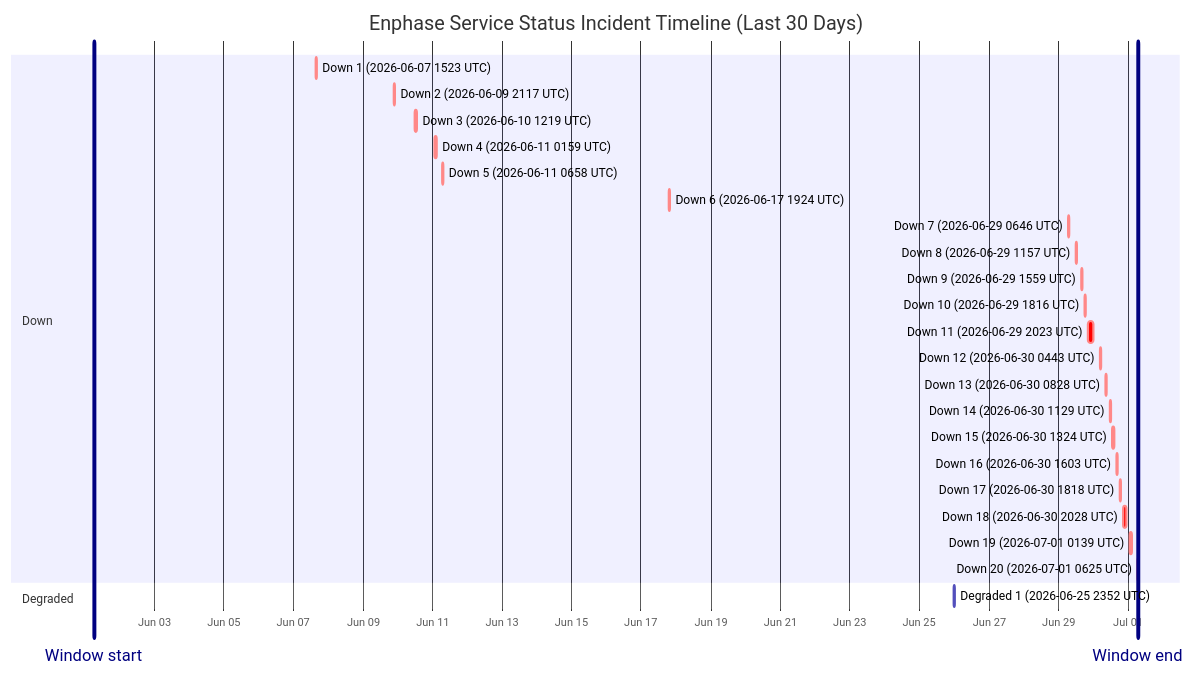
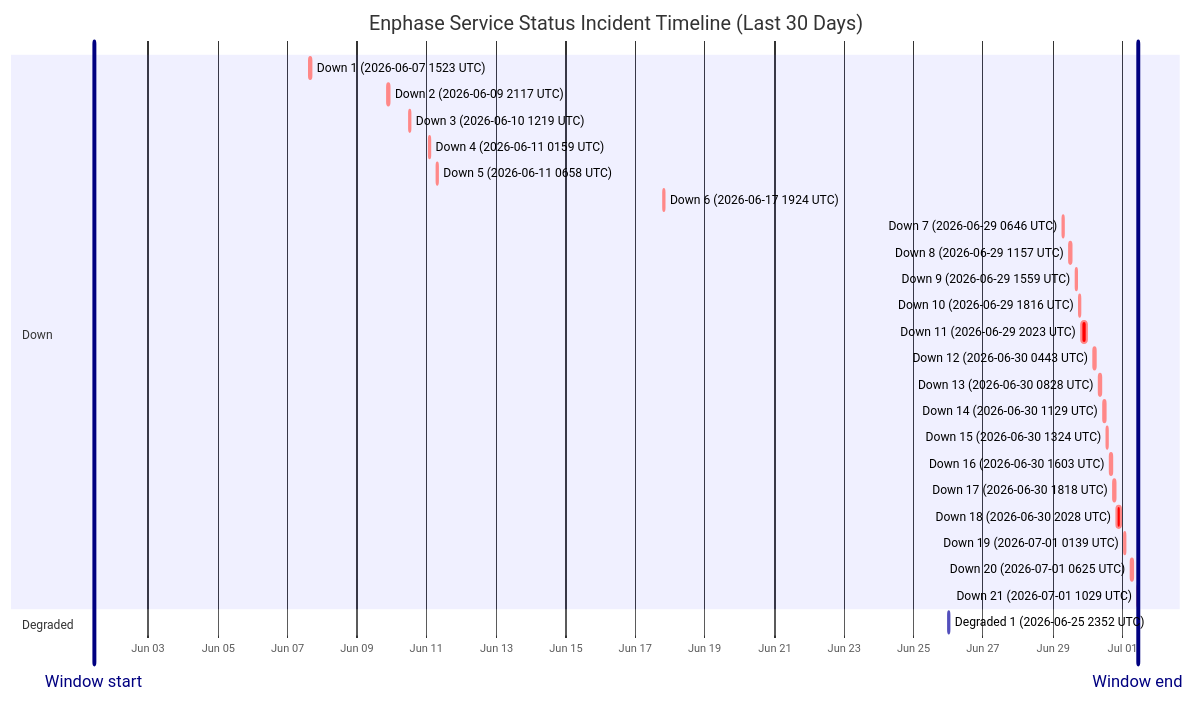
The diagram in wiki/Service-Status-History.md (barneyonline/ha-enphase-energy), drawn with Mermaid before and after one commit. The commit also changed other lines of this file and 3 other files, not shown here.

````diff
--- a/wiki/Service-Status-History.md
+++ b/wiki/Service-Status-History.md
@@ -14,31 +14,32 @@
 ```mermaid
 gantt
     title Enphase Service Status Incident Timeline (Last 30 Days)
     dateFormat  YYYY-MM-DDTHH:mm:ss
     axisFormat  %b %d
-    Window start :vert, window-start, 2026-06-01T06:25:35, 0ms
-    Window end :vert, window-end, 2026-07-01T06:25:35, 0ms
+    Window start :vert, window-start, 2026-06-01T10:29:24, 0ms
+    Window end :vert, window-end, 2026-07-01T10:29:24, 0ms
     section Down
     Down 1 (2026-06-07 1523 UTC) :crit, down-1, 2026-06-07T15:23:22, 87m
     Down 2 (2026-06-09 2117 UTC) :crit, down-2, 2026-06-09T21:17:17, 60m
     Down 3 (2026-06-10 1219 UTC) :crit, down-3, 2026-06-10T12:19:21, 60m
     Down 4 (2026-06-11 0159 UTC) :crit, down-4, 2026-06-11T01:59:36, 60m
     Down 5 (2026-06-11 0658 UTC) :crit, down-5, 2026-06-11T06:58:45, 60m
     Down 6 (2026-06-17 1924 UTC) :crit, down-6, 2026-06-17T19:24:51, 60m
     Down 7 (2026-06-29 0646 UTC) :crit, down-7, 2026-06-29T06:46:18, 60m
     Down 8 (2026-06-29 1157 UTC) :crit, down-8, 2026-06-29T11:57:36, 60m
     Down 9 (2026-06-29 1559 UTC) :crit, down-9, 2026-06-29T15:59:02, 60m
     Down 10 (2026-06-29 1816 UTC) :crit, down-10, 2026-06-29T18:16:38, 60m
     Down 11 (2026-06-29 2023 UTC) :crit, down-11, 2026-06-29T20:23:16, 220m
     Down 12 (2026-06-30 0443 UTC) :crit, down-12, 2026-06-30T04:43:54, 60m
     Down 13 (2026-06-30 0828 UTC) :crit, down-13, 2026-06-30T08:28:43, 60m
     Down 14 (2026-06-30 1129 UTC) :crit, down-14, 2026-06-30T11:29:15, 60m
     Down 15 (2026-06-30 1324 UTC) :crit, down-15, 2026-06-30T13:24:25, 60m
     Down 16 (2026-06-30 1603 UTC) :crit, down-16, 2026-06-30T16:03:26, 60m
     Down 17 (2026-06-30 1818 UTC) :crit, down-17, 2026-06-30T18:18:39, 60m
     Down 18 (2026-06-30 2028 UTC) :crit, down-18, 2026-06-30T20:28:54, 171m
     Down 19 (2026-07-01 0139 UTC) :crit, down-19, 2026-07-01T01:39:18, 60m
     Down 20 (2026-07-01 0625 UTC) :crit, down-20, 2026-07-01T06:25:35, 60m
+    Down 21 (2026-07-01 1029 UTC) :crit, down-21, 2026-07-01T10:29:24, 60m
     section Degraded
     Degraded 1 (2026-06-25 2352 UTC) :active, degraded-1, 2026-06-25T23:52:01, 60m
 ```
````
